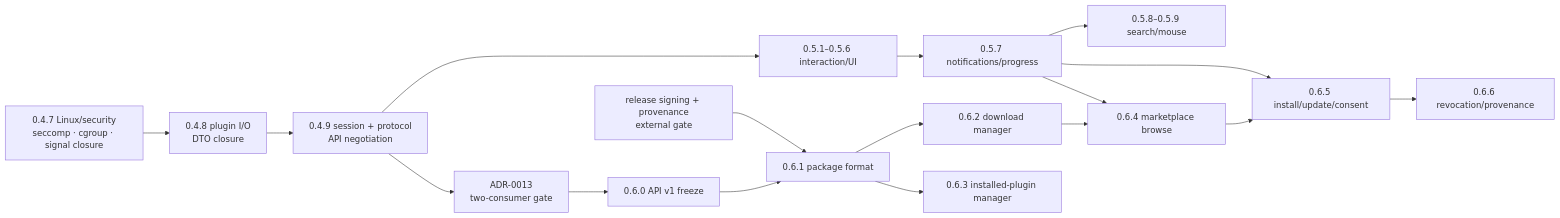
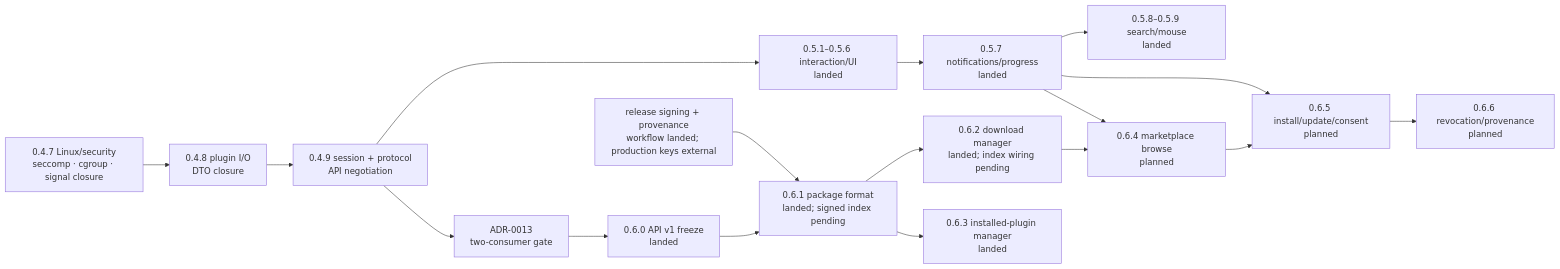
Before and after one commit to GBLMX/Anvil: the fifth of 5 diagrams in docs/architecture-visual.md, drawn with Mermaid. The commit also changed other lines of this file and 6 other files, not shown here.

Commit message:
docs: update official plugin distribution architecture

````diff
--- a/docs/architecture-visual.md
+++ b/docs/architecture-visual.md
@@ -211,31 +233,31 @@
 ```mermaid
 flowchart LR
     A["0.4.7 Linux/security<br/>seccomp · cgroup · signal closure"]
     B["0.4.8 plugin I/O<br/>DTO closure"]
     C["0.4.9 session + protocol<br/>API negotiation"]
-    D["0.5.1–0.5.6 interaction/UI"]
-    E["0.5.7 notifications/progress"]
-    E2["0.5.8–0.5.9 search/mouse"]
-    F["0.6.0 API v1 freeze"]
-    G["0.6.1 package format"]
-    H["0.6.2 download manager"]
-    I["0.6.3 installed-plugin manager"]
-    J["0.6.4 marketplace browse"]
-    K["0.6.5 install/update/consent"]
-    L["0.6.6 revocation/provenance"]
+    D["0.5.1–0.5.6 interaction/UI<br/>landed"]
+    E["0.5.7 notifications/progress<br/>landed"]
+    E2["0.5.8–0.5.9 search/mouse<br/>landed"]
+    F["0.6.0 API v1 freeze<br/>landed"]
+    G["0.6.1 package format<br/>landed; signed index pending"]
+    H["0.6.2 download manager<br/>landed; index wiring pending"]
+    I["0.6.3 installed-plugin manager<br/>landed"]
+    J["0.6.4 marketplace browse<br/>planned"]
+    K["0.6.5 install/update/consent<br/>planned"]
+    L["0.6.6 revocation/provenance<br/>planned"]
     GATE["ADR-0013<br/>two-consumer gate"]
-    SIGN["release signing + provenance<br/>external gate"]
+    SIGN["release signing + provenance<br/>workflow landed; production keys external"]
 
     A --> B --> C
     C --> D --> E --> E2
     C --> GATE --> F
     F --> G
     SIGN --> G
     G --> H
     G --> I
     H --> J
     E --> J
     J --> K
     E --> K
     K --> L
 ```
````
